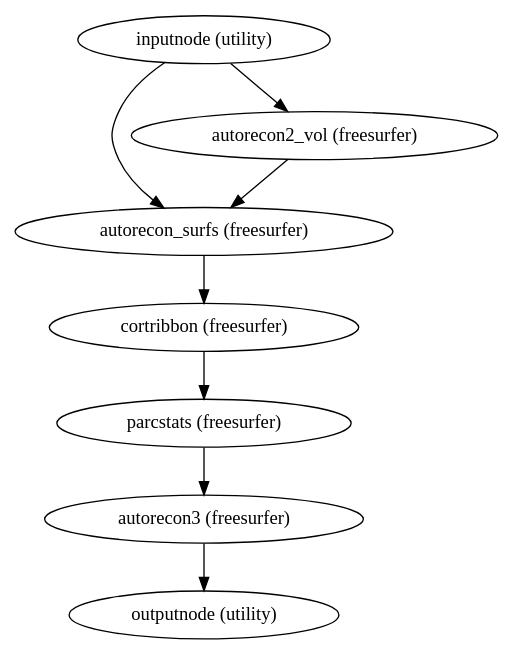
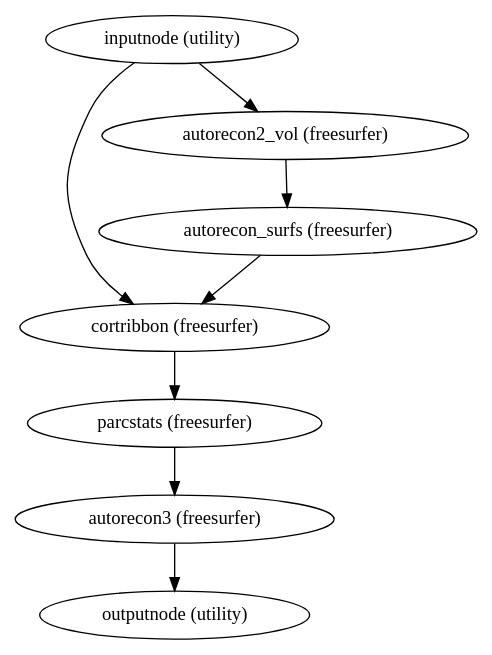
Before and after one commit to nuKs/smriprep: the diagram in master/wf_directive/api/autorecon_resume_wf/smriprep-workflows-surfaces-1.dot, drawn with Graphviz. The commit also changed 592 other files, not shown here.

```diff
--- a/master/wf_directive/api/autorecon_resume_wf/smriprep-workflows-surfaces-1.dot
+++ b/master/wf_directive/api/autorecon_resume_wf/smriprep-workflows-surfaces-1.dot
@@ -1,16 +1,16 @@
 strict digraph  {
 "inputnode (utility)";
+"cortribbon (freesurfer)";
+"autorecon2_vol (freesurfer)";
+"parcstats (freesurfer)";
 "autorecon_surfs (freesurfer)";
-"autorecon2_vol (freesurfer)";
-"cortribbon (freesurfer)";
-"parcstats (freesurfer)";
 "autorecon3 (freesurfer)";
 "outputnode (utility)";
-"inputnode (utility)" -> "autorecon_surfs (freesurfer)";
+"inputnode (utility)" -> "cortribbon (freesurfer)";
 "inputnode (utility)" -> "autorecon2_vol (freesurfer)";
+"cortribbon (freesurfer)" -> "parcstats (freesurfer)";
+"autorecon2_vol (freesurfer)" -> "autorecon_surfs (freesurfer)";
+"parcstats (freesurfer)" -> "autorecon3 (freesurfer)";
 "autorecon_surfs (freesurfer)" -> "cortribbon (freesurfer)";
-"autorecon2_vol (freesurfer)" -> "autorecon_surfs (freesurfer)";
-"cortribbon (freesurfer)" -> "parcstats (freesurfer)";
-"parcstats (freesurfer)" -> "autorecon3 (freesurfer)";
 "autorecon3 (freesurfer)" -> "outputnode (utility)";
 }
```
